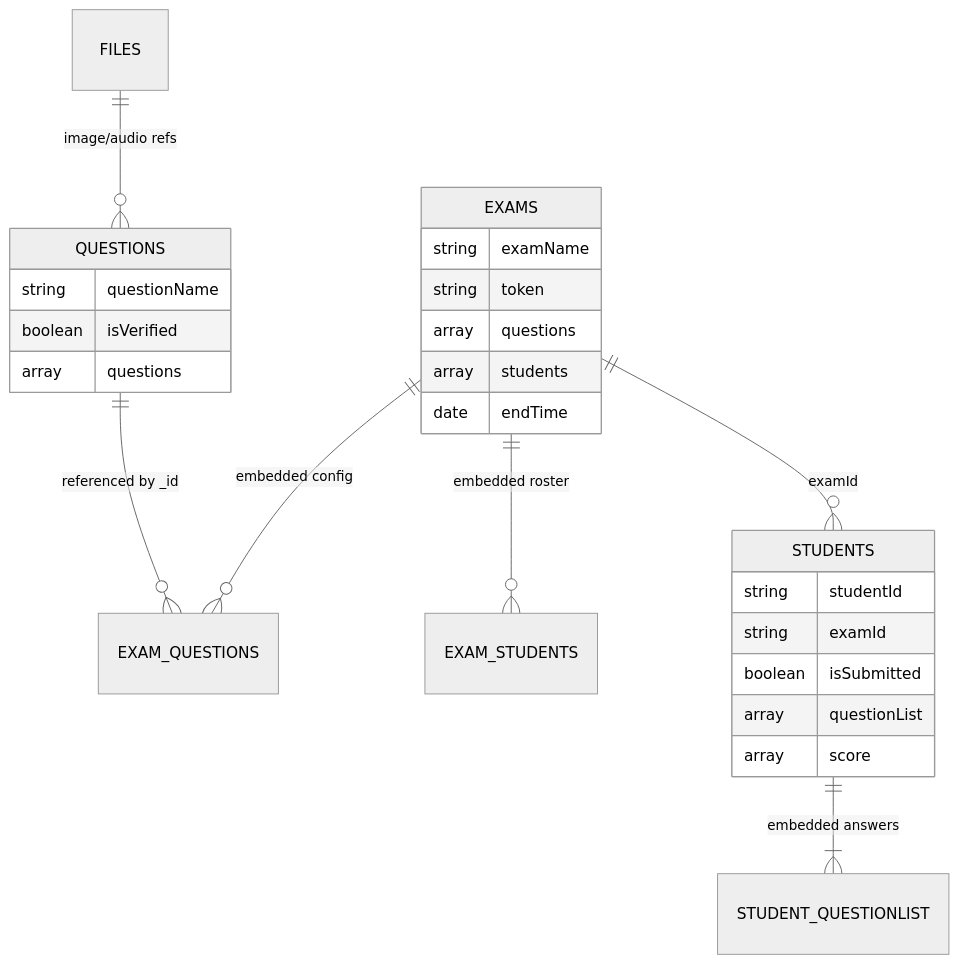
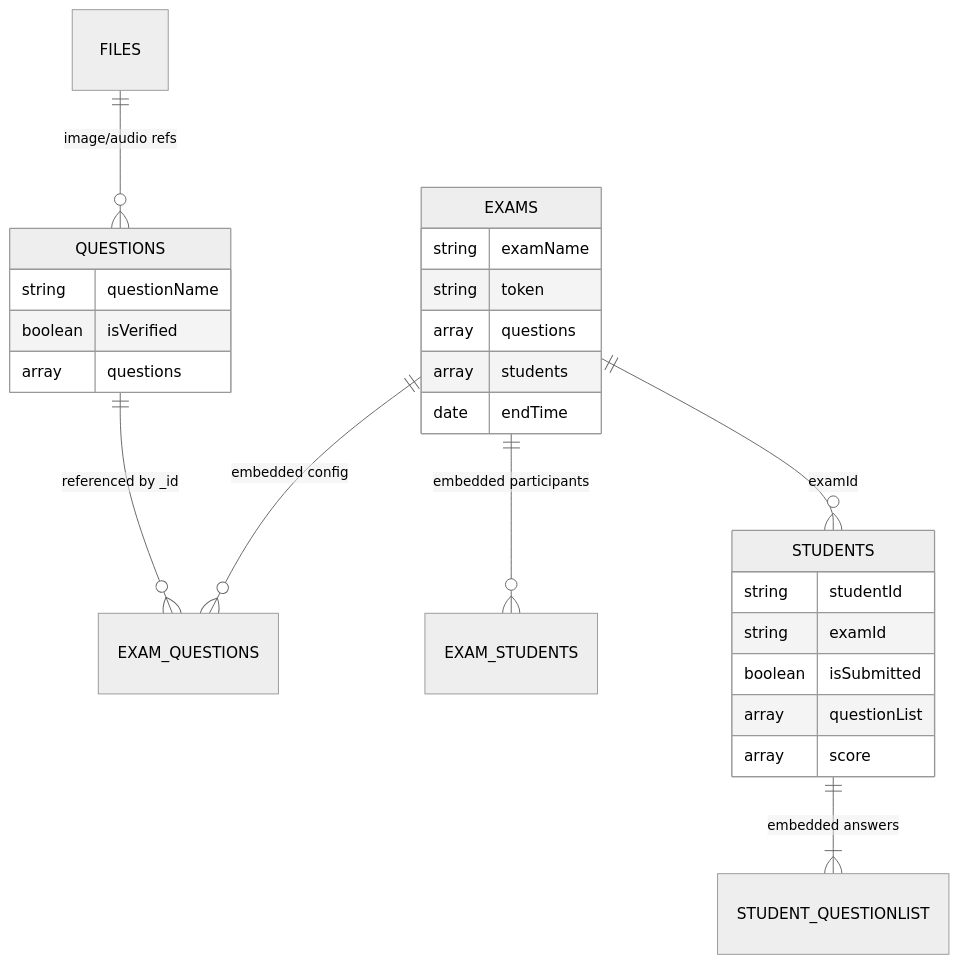
Before and after one commit to MG177/unklab-exam: the first of 3 diagrams in docs/data-flow.md, drawn with Mermaid (neutral theme). The commit also changed other lines of this file and 233 other files, not shown here.

````diff
--- a/docs/data-flow.md
+++ b/docs/data-flow.md
@@ -69,31 +69,31 @@
 ```mermaid
 erDiagram
     QUESTIONS ||--o{ EXAM_QUESTIONS : "referenced by _id"
-    EXAMS ||--o{ EXAM_STUDENTS : "embedded roster"
+    EXAMS ||--o{ EXAM_STUDENTS : "embedded participants"
     EXAMS ||--o{ EXAM_QUESTIONS : "embedded config"
     EXAMS ||--o{ STUDENTS : "examId"
     STUDENTS ||--|{ STUDENT_QUESTIONLIST : "embedded answers"
     FILES ||--o{ QUESTIONS : "image/audio refs"
 
     QUESTIONS {
         string questionName
         boolean isVerified
         array questions
     }
 
     EXAMS {
         string examName
         string token
         array questions
         array students
         date endTime
     }
 
     STUDENTS {
         string studentId
         string examId
         boolean isSubmitted
         array questionList
         array score
     }
 ```
````
